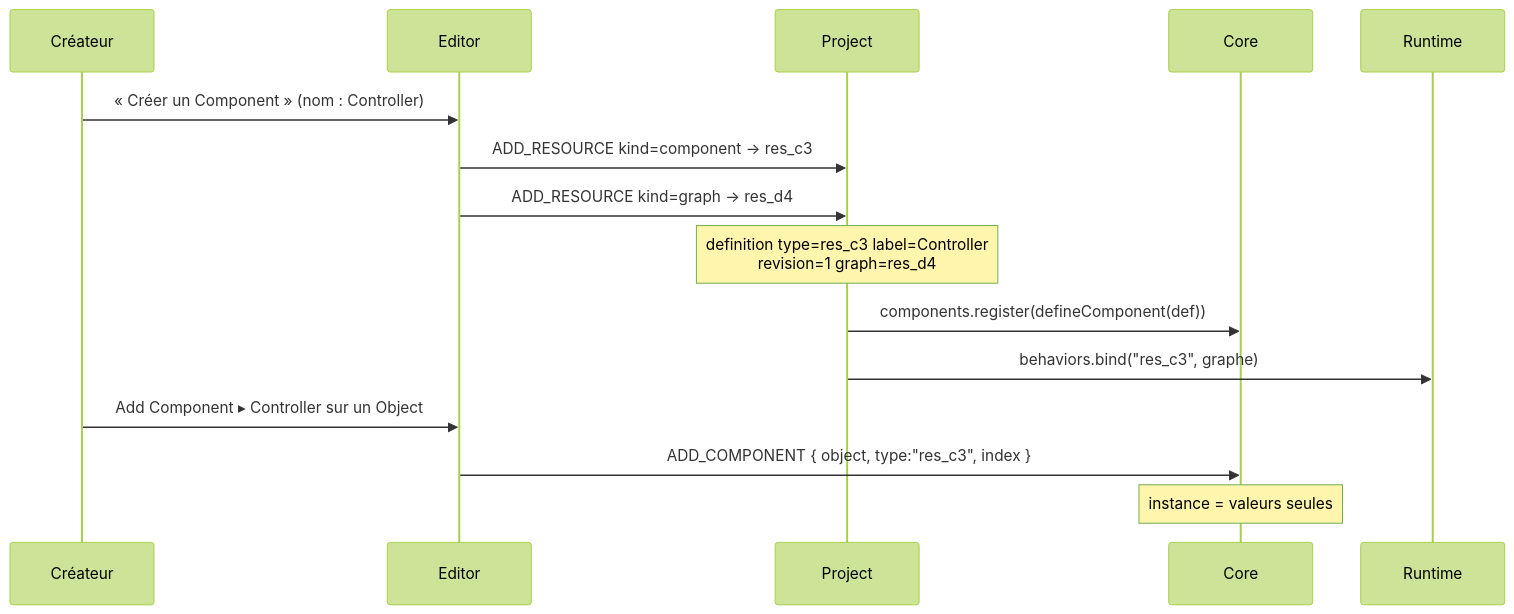
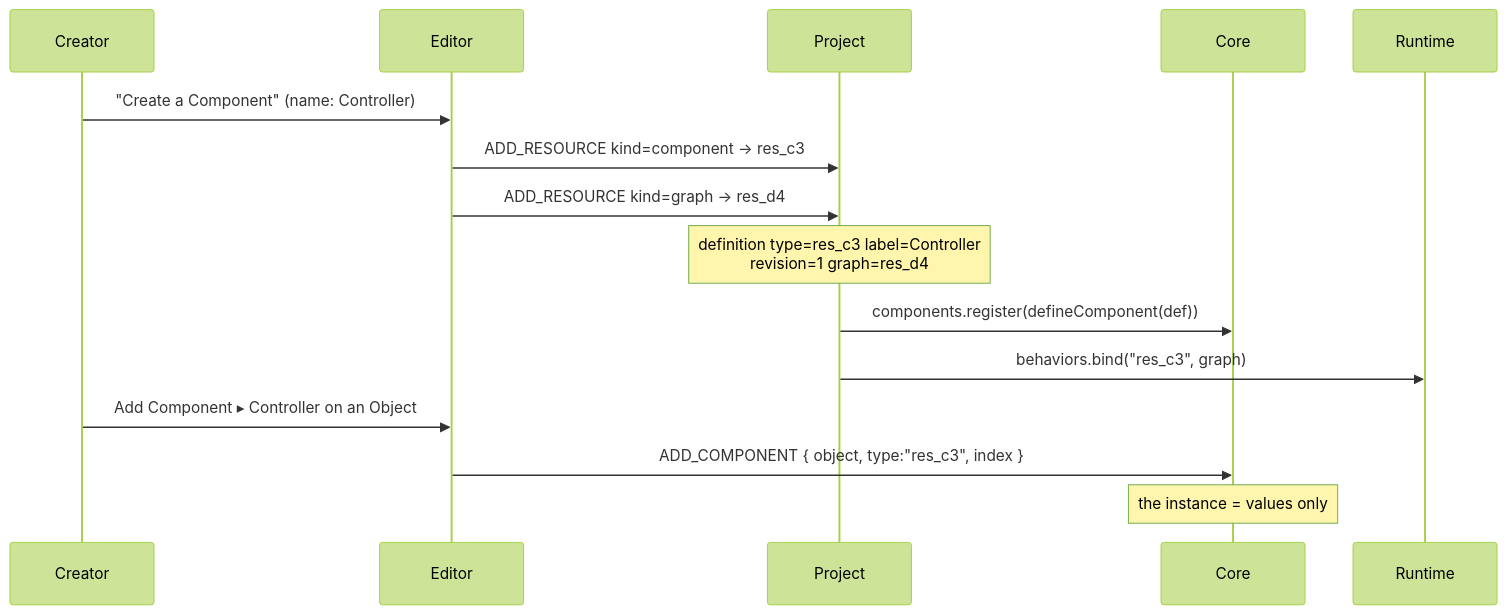
One commit to Sharkou/PixelCreator changed the second of 2 diagrams in docs/migration/ARCHITECTURE_DATA_MODEL_AUDIT_PHASE_2.md. Above: the diagram before and after it, drawn with Mermaid (forest theme). The commit also changed other lines of this file and 96 other files, not shown here.

````diff
--- a/docs/migration/ARCHITECTURE_DATA_MODEL_AUDIT_PHASE_2.md
+++ b/docs/migration/ARCHITECTURE_DATA_MODEL_AUDIT_PHASE_2.md
@@ -466,18 +454,18 @@
 ```mermaid
 sequenceDiagram
-    participant U as Créateur
+    participant U as Creator
     participant E as Editor
     participant P as Project
     participant C as Core
     participant R as Runtime
 
-    U->>E: « Créer un Component » (nom : Controller)
+    U->>E: "Create a Component" (name: Controller)
     E->>P: ADD_RESOURCE kind=component → res_c3
     E->>P: ADD_RESOURCE kind=graph → res_d4
     Note over P: definition type=res_c3 label=Controller<br/>revision=1 graph=res_d4
     P->>C: components.register(defineComponent(def))
-    P->>R: behaviors.bind("res_c3", graphe)
-    U->>E: Add Component ▸ Controller sur un Object
+    P->>R: behaviors.bind("res_c3", graph)
+    U->>E: Add Component ▸ Controller on an Object
     E->>C: ADD_COMPONENT { object, type:"res_c3", index }
-    Note over C: instance = valeurs seules
+    Note over C: the instance = values only
 ```
````
